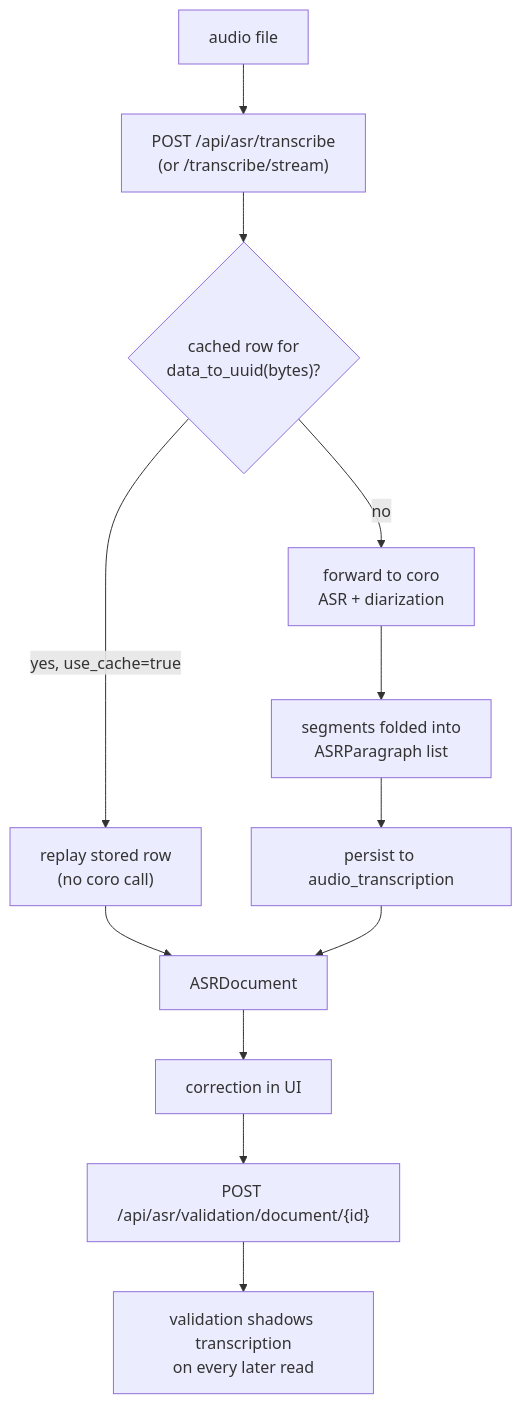
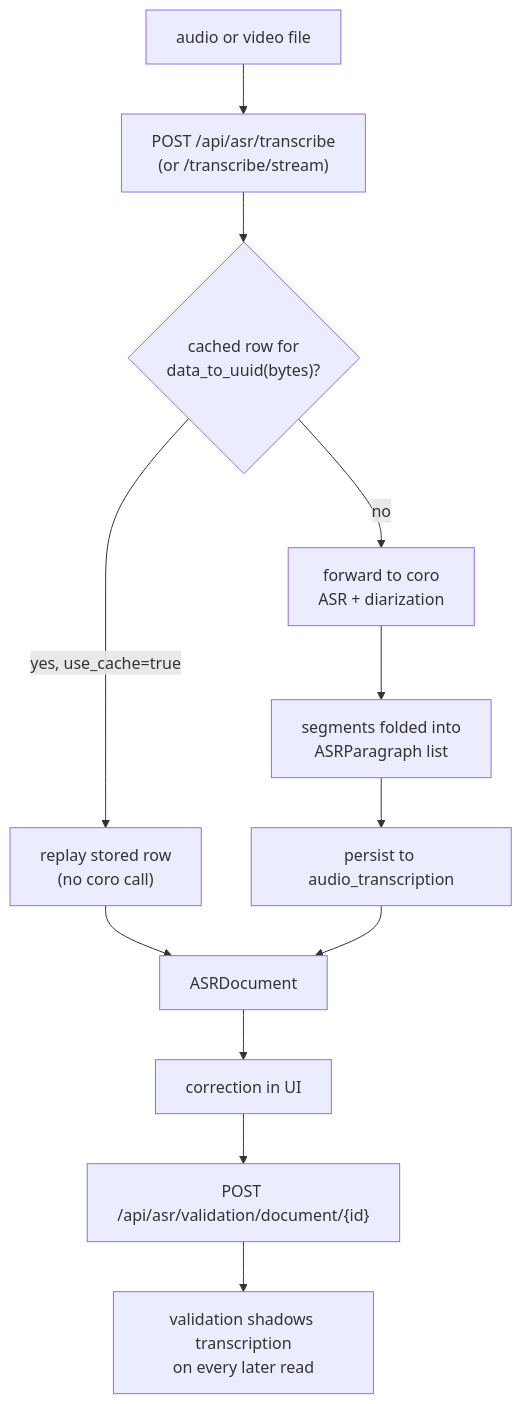
Before and after one commit to AymurAI/aymurai: the diagram in docs/pipelines/transcription/README.md, drawn with Mermaid. The commit also changed other lines of this file and 5 other files, not shown here.

````diff
--- a/docs/pipelines/transcription/README.md
+++ b/docs/pipelines/transcription/README.md
@@ -46,14 +46,14 @@
 ```mermaid
 flowchart TD
-    A["audio file"] --> B["POST /api/asr/transcribe<br/>(or /transcribe/stream)"]
+    A["audio or video file"] --> B["POST /api/asr/transcribe<br/>(or /transcribe/stream)"]
     B --> C{"cached row for<br/>data_to_uuid(bytes)?"}
     C -->|"yes, use_cache=true"| D["replay stored row<br/>(no coro call)"]
     C -->|no| E["forward to coro<br/>ASR + diarization"]
     E --> F["segments folded into<br/>ASRParagraph list"]
     F --> G["persist to audio_transcription"]
     D --> H["ASRDocument"]
     G --> H
     H --> I["correction in UI"]
     I --> J["POST /api/asr/validation/document/{id}"]
     J --> K["validation shadows transcription<br/>on every later read"]
 ```
````
